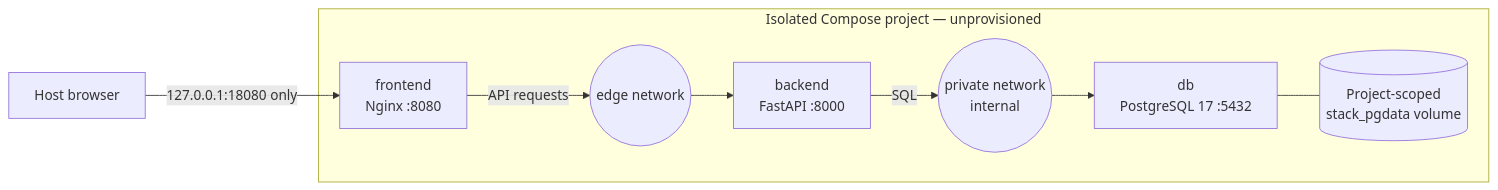
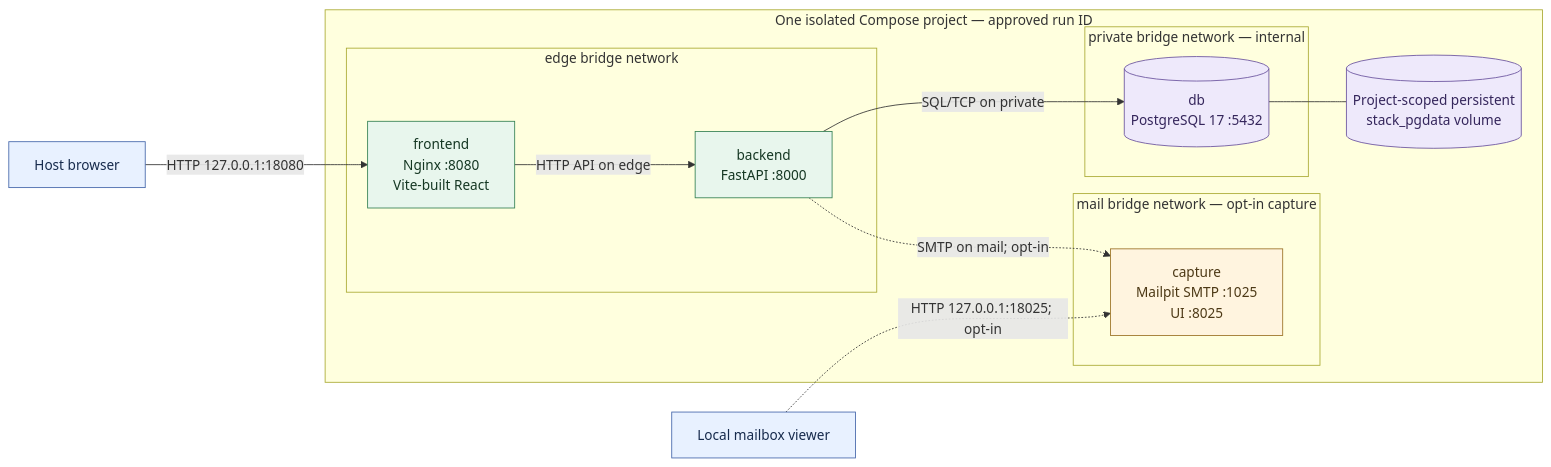
The diagram in docs/architecture/docker-deployment.md (aftabmm07/job-application-tracker), drawn with Mermaid before and after one commit. The commit also changed other lines of this file and 9 other files, not shown here.

````diff
--- a/docs/architecture/docker-deployment.md
+++ b/docs/architecture/docker-deployment.md
@@ -7,18 +9,33 @@
 ```mermaid
 flowchart LR
     browser["Host browser"]
-    subgraph project["Isolated Compose project — unprovisioned"]
-        frontend["frontend<br/>Nginx :8080"]
-        edge(("edge network"))
-        backend["backend<br/>FastAPI :8000"]
-        private(("private network<br/>internal"))
-        db["db<br/>PostgreSQL 17 :5432"]
-        volume[("Project-scoped<br/>stack_pgdata volume")]
-        frontend -->|"API requests"| edge
-        edge --> backend
-        backend -->|"SQL"| private
-        private --> db
+    operator["Local mailbox viewer"]
+    subgraph project["One isolated Compose project — approved run ID"]
+        subgraph edge["edge bridge network"]
+            frontend["frontend<br/>Nginx :8080<br/>Vite-built React"]
+            backend["backend<br/>FastAPI :8000"]
+        end
+        subgraph private["private bridge network — internal"]
+            db[("db<br/>PostgreSQL 17 :5432")]
+        end
+        subgraph mail["mail bridge network — opt-in capture"]
+            capture["capture<br/>Mailpit SMTP :1025<br/>UI :8025"]
+        end
+        volume[("Project-scoped persistent<br/>stack_pgdata volume")]
+        frontend -->|"HTTP API on edge"| backend
+        backend -->|"SQL/TCP on private"| db
+        backend -.->|"SMTP on mail; opt-in"| capture
         db --- volume
     end
-    browser -->|"127.0.0.1:18080 only"| frontend
+    browser -->|"HTTP 127.0.0.1:18080"| frontend
+    operator -.->|"HTTP 127.0.0.1:18025; opt-in"| capture
+
+    classDef actor fill:#e8f1ff,stroke:#4466aa,color:#172b4d
+    classDef app fill:#e8f6ed,stroke:#348054,color:#153723
+    classDef data fill:#eee9fb,stroke:#69529d,color:#35265c
+    classDef optional fill:#fff4df,stroke:#9b7226,color:#4d3916
+    class browser,operator actor
+    class frontend,backend app
+    class db,volume data
+    class capture optional
 ```
````
